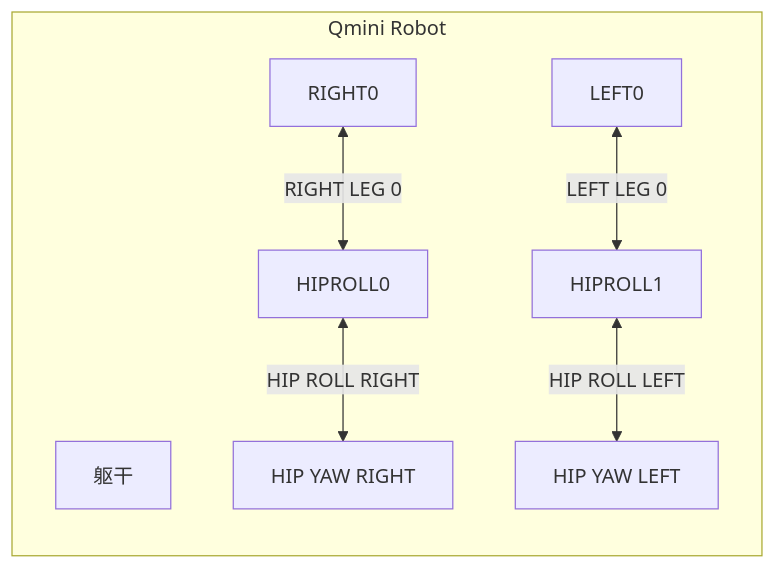
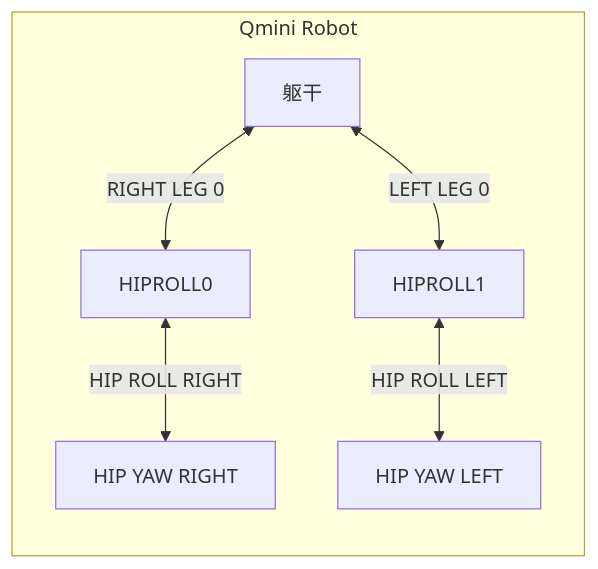
The diagram in README.md (tonylabs/unitree-qmini-robot-components), drawn with Mermaid before and after one commit.

````diff
--- a/README.md
+++ b/README.md
@@ -3,12 +3,12 @@
 ```mermaid
 flowchart LR
     subgraph "Qmini Robot"
-        Host["躯干"]
+        Body["躯干"]
         HIP0["HIP YAW RIGHT"]
         HIP1["HIP YAW LEFT"]
         HIPROLL0 <-->|"HIP ROLL RIGHT"| HIP0
         HIPROLL1 <-->|"HIP ROLL LEFT"| HIP1
-        RIGHT0 <-->|"RIGHT LEG 0"| HIPROLL0
-        LEFT0 <-->|"LEFT LEG 0"| HIPROLL1
+        Body <-->|"RIGHT LEG 0"| HIPROLL0
+        Body <-->|"LEFT LEG 0"| HIPROLL1
     end
 ```
````
